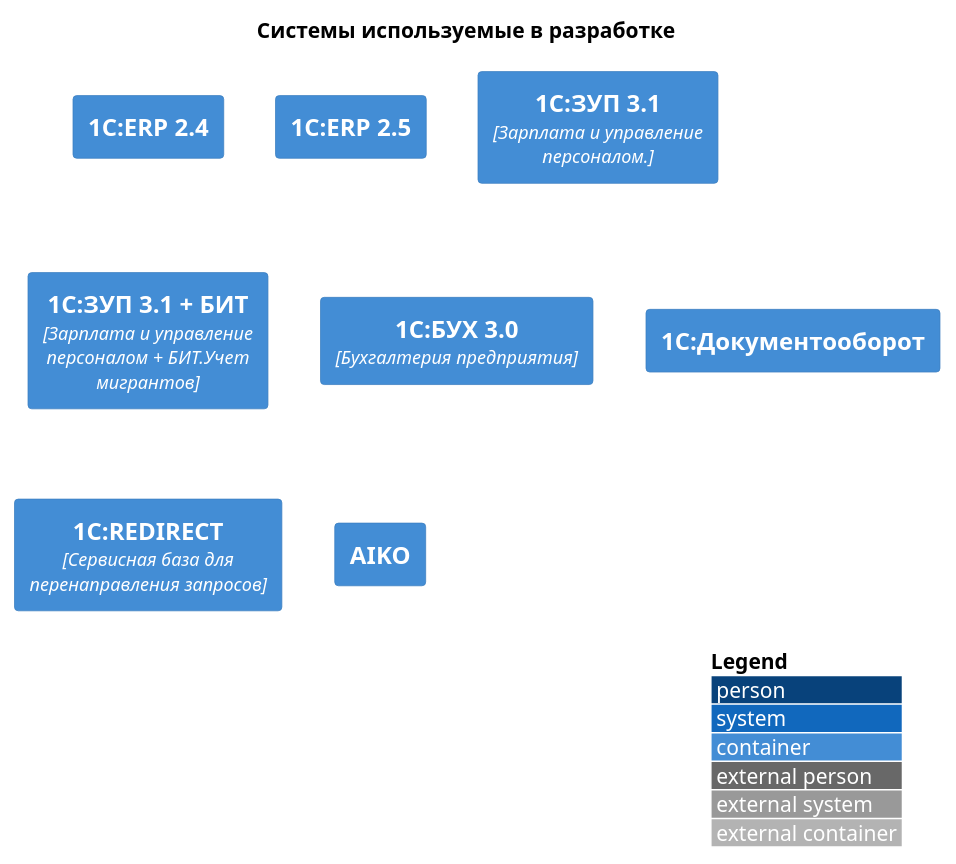
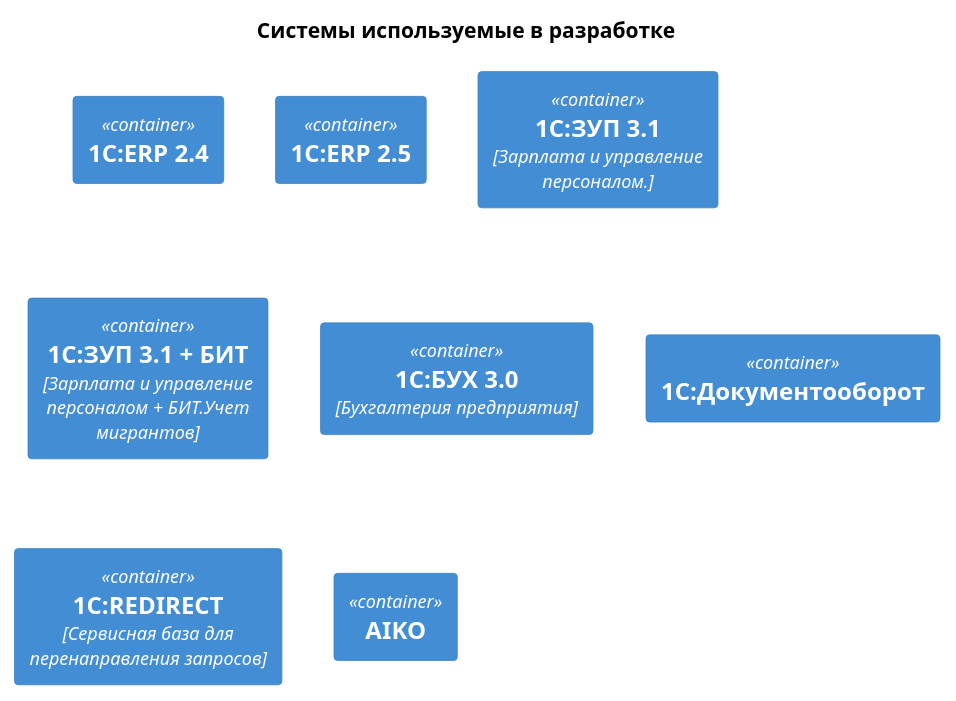
The diagram in systems/systems.puml (yanvotinov/Arch), drawn with PlantUML before and after one commit. The commit also changed 1 other file, not shown here.

```diff
--- a/systems/systems.puml
+++ b/systems/systems.puml
@@ -1,20 +1,20 @@
 @startuml
 !include https://raw.githubusercontent.com/plantuml-stdlib/C4-PlantUML/master/C4_Container.puml
 ' uncomment the following line and comment the first to use locally
 ' !include C4_Container.puml
 ' LAYOUT_TOP_DOWN()
 ' LAYOUT_AS_SKETCH()
-LAYOUT_WITH_LEGEND()
+' LAYOUT_WITH_LEGEND()
 
 title Системы используемые в разработке
 
 Container(ERP24, "1С:ERP 2.4", "")
 Container(ERP25, "1С:ERP 2.5", "")
 Container(HRM, "1С:ЗУП 3.1", "Зарплата и управление персоналом.")
 Container(HRMBIT, "1С:ЗУП 3.1 + БИТ", "Зарплата и управление персоналом + БИТ.Учет мигрантов")
 Container(BUH, "1С:БУХ 3.0", "Бухгалтерия предприятия")
 Container(DOCMANAGER, "1С:Документооборот", "")
 Container(REDIRECT, "1С:REDIRECT", "Сервисная база для перенаправления запросов")
 Container(AIKO, "AIKO", "")
 
 @enduml
```
